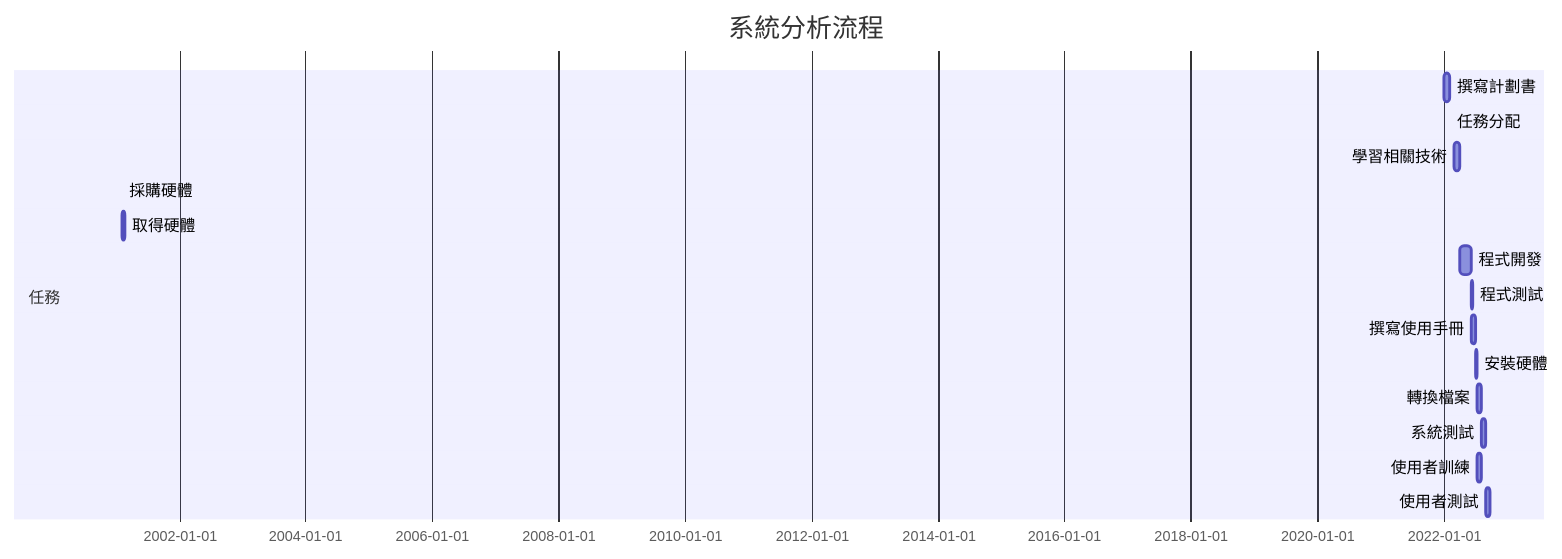
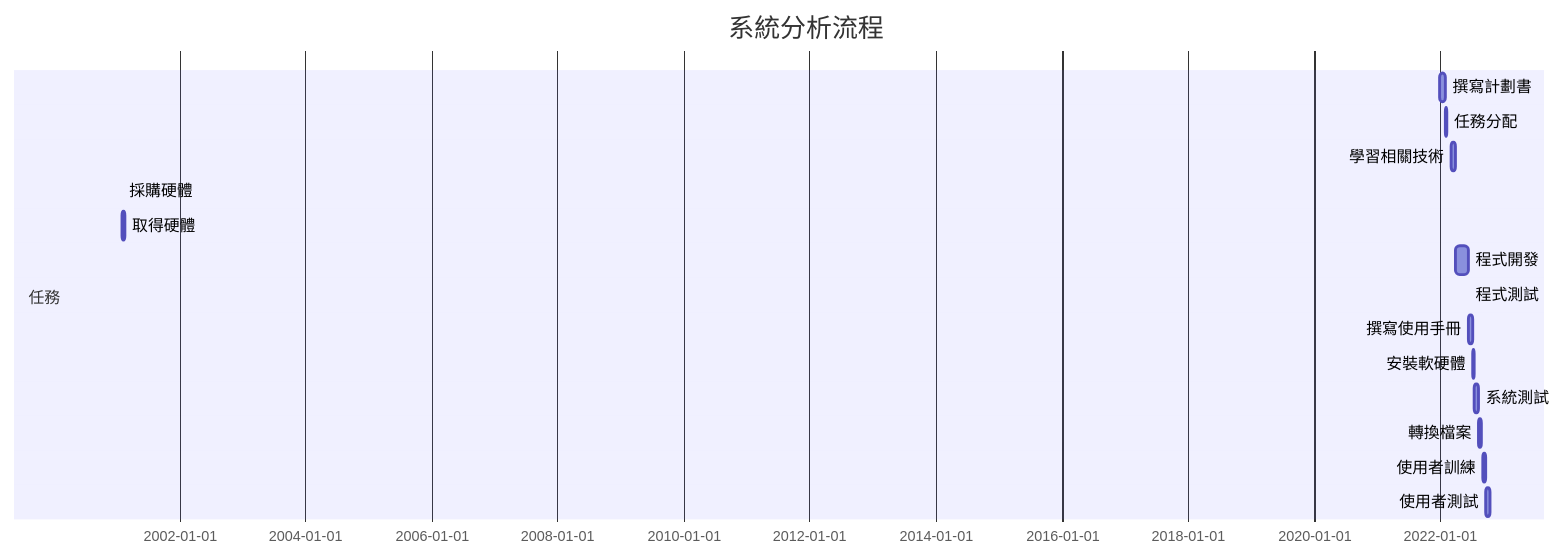
One commit to EricLin121/System_First changed the diagram in README.md. Above: the diagram before and after it, drawn with Mermaid. The commit also changed other lines of this file, not shown here.

Commit message:
edit gantt and table by peiyu

````diff
--- a/README.md
+++ b/README.md
@@ -40,21 +40,21 @@
 ```mermaid
 
 gantt
     title 系統分析流程
     dateFormat  MM-DD
     section 任務
     撰寫計劃書 : a1, 01-01, 30d
     任務分配 : a2, 02-01, 4d
     學習相關技術 : a3, 03-03, 30d
     採購硬體 : a4, 02-5, 4d
     取得硬體 : a5, 02-9, 15d
     程式開發 : a6, 04-02, 70d
     程式測試 : a7, 06-11, 4d
     撰寫使用手冊 : a8, 06-11, 25d
-    安裝硬體 : a9, 07-06, 10d
-    轉換檔案 : a10, 07-16, 20d
-    系統測試 : a11, 08-05, 25d
-    使用者訓練 : a12, 07-16, 20d
-    使用者測試 : a13, 08-31, 25d
+    安裝軟硬體 : a9, 07-06, 10d
+    系統測試 : a10, 07-16, 25d
+    轉換檔案 : a11, 08-11, 20d
+    使用者訓練 : a12, 09-01, 20d
+    使用者測試 : a13, 09-21, 25d
 
 ```
````
